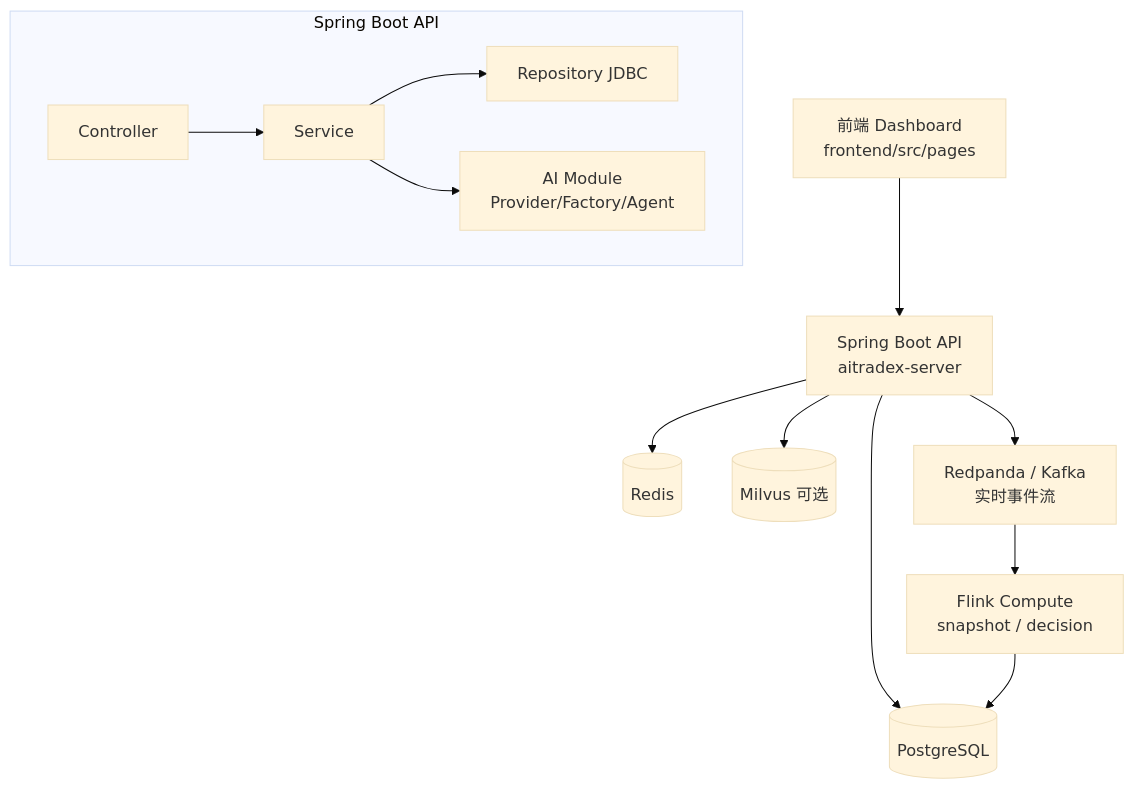
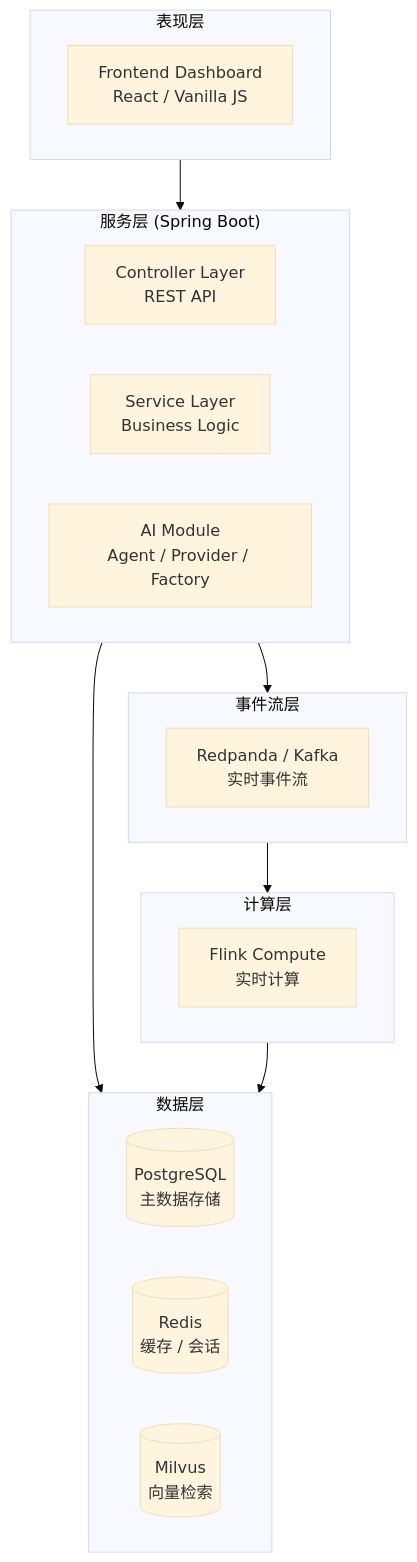
Before and after one commit to 267452/AITradeX: the second of 4 diagrams in README.md, drawn with Mermaid (base theme). The commit also changed other lines of this file, not shown here.

````diff
--- a/README.md
+++ b/README.md
@@ -190,19 +291,32 @@
 ```mermaid
 flowchart TB
-  UI["前端 Dashboard\nfrontend/src/pages"] --> API["Spring Boot API\naitradex-server"]
-  API --> PG[(PostgreSQL)]
-  API --> Redis[(Redis)]
-  API --> Milvus[(Milvus 可选)]
-  API --> Bus["Redpanda / Kafka\n实时事件流"]
-  Bus --> Flink["Flink Compute\nsnapshot / decision"]
-  Flink --> PG
+    subgraph UI_LAYER["表现层"]
+        FE[Frontend Dashboard<br/>React / Vanilla JS]
+    end
 
-  subgraph API_LAYER["Spring Boot API"]
-    C[Controller]
-    S[Service]
-    R[Repository JDBC]
-    AI[AI Module\nProvider/Factory/Agent]
-    C --> S --> R
-    S --> AI
-  end
+    subgraph API_LAYER["服务层 (Spring Boot)"]
+        C[Controller Layer<br/>REST API]
+        S[Service Layer<br/>Business Logic]
+        AI[AI Module<br/>Agent / Provider / Factory]
+    end
+
+    subgraph DATA_LAYER["数据层"]
+        PG[(PostgreSQL<br/>主数据存储)]
+        Redis[(Redis<br/>缓存 / 会话)]
+        Milvus[(Milvus<br/>向量检索)]
+    end
+
+    subgraph STREAM_LAYER["事件流层"]
+        RP[Redpanda / Kafka<br/>实时事件流]
+    end
+
+    subgraph COMPUTE_LAYER["计算层"]
+        Flink[Flink Compute<br/>实时计算]
+    end
+
+    UI_LAYER --> API_LAYER
+    API_LAYER --> DATA_LAYER
+    API_LAYER --> STREAM_LAYER
+    STREAM_LAYER --> COMPUTE_LAYER
+    COMPUTE_LAYER --> DATA_LAYER
 ```
````
